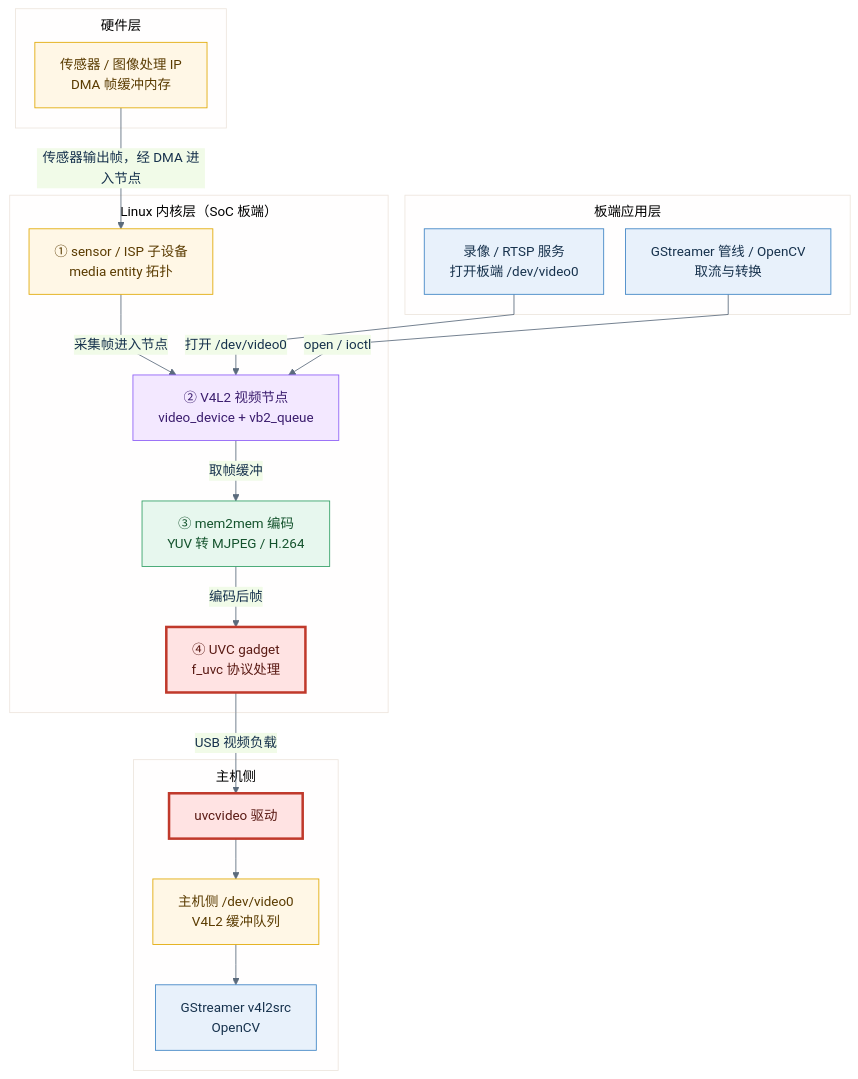
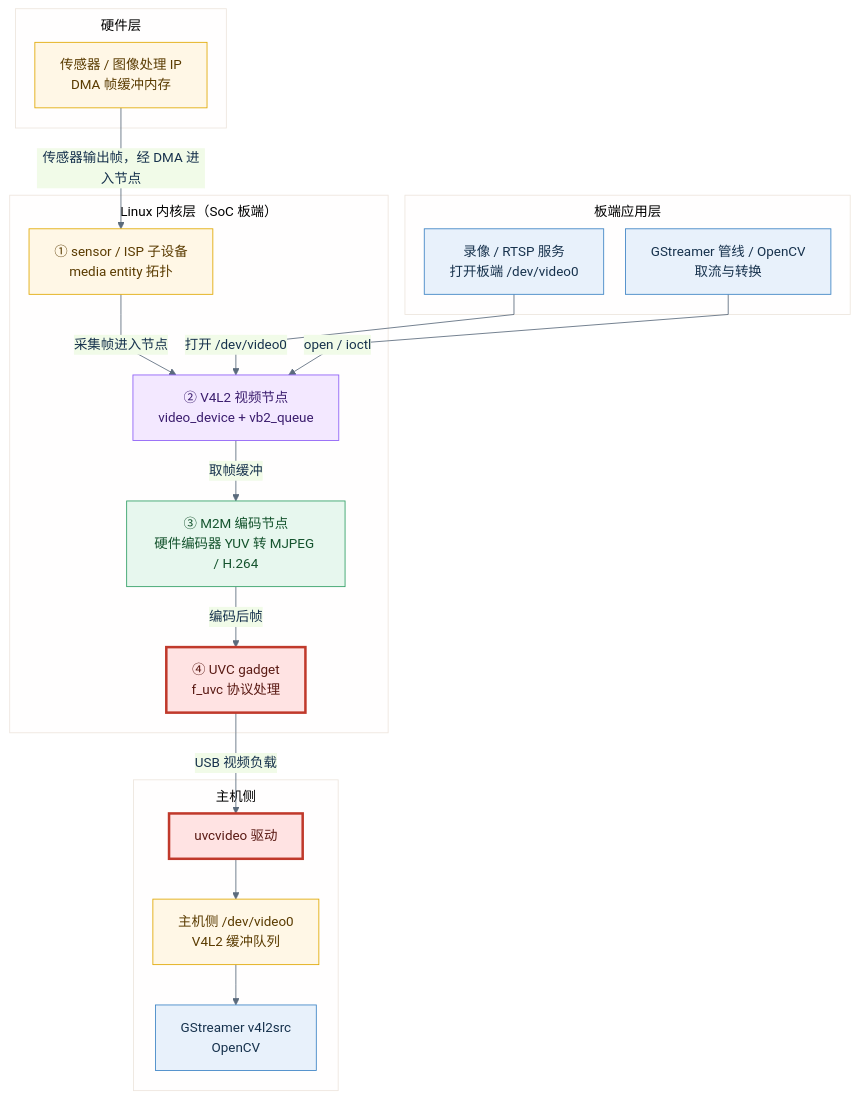
One commit to DeguiLiu/tech-notes changed the eighth of 9 diagrams in content/posts/architecture/soc_video_pipeline_v4l2_dma_buf.md. Above: the diagram before and after it, drawn with Mermaid. The commit also changed other lines of this file, not shown here.

````diff
--- a/content/posts/architecture/soc_video_pipeline_v4l2_dma_buf.md
+++ b/content/posts/architecture/soc_video_pipeline_v4l2_dma_buf.md
@@ -594,38 +594,38 @@
 ```mermaid
 %%{init: {'theme':'base','flowchart':{'nodeSpacing':26,'rankSpacing':48,'curve':'linear','subGraphTitleMargin':{'top':8,'bottom':8}},'themeVariables':{'primaryColor':'#E8F1FB','primaryTextColor':'#17324D','primaryBorderColor':'#3B82C4','lineColor':'#5B6B7C'}}}%%
 flowchart TB
   subgraph APP["板端应用层"]
     A1["录像 / RTSP 服务<br/>打开板端 /dev/video0"]:::app
     A2["GStreamer 管线 / OpenCV<br/>取流与转换"]:::app
   end
   subgraph KERNEL["Linux 内核层（SoC 板端）"]
     K4["① sensor / ISP 子设备<br/>media entity 拓扑"]:::sensor
     K1["② V4L2 视频节点<br/>video_device + vb2_queue"]:::drv
-    K2["③ mem2mem 编码<br/>YUV 转 MJPEG / H.264"]:::core
+    K2["③ M2M 编码节点<br/>硬件编码器 YUV 转 MJPEG / H.264"]:::core
     K3["④ UVC gadget<br/>f_uvc 协议处理"]:::usb
     K4 -->|"采集帧进入节点"| K1
     K1 -->|"取帧缓冲"| K2
     K2 -->|"编码后帧"| K3
   end
   subgraph HW["硬件层"]
     H1["传感器 / 图像处理 IP<br/>DMA 帧缓冲内存"]:::hw
   end
   subgraph HOST["主机侧"]
     H2["uvcvideo 驱动"]:::usb
     H3["主机侧 /dev/video0<br/>V4L2 缓冲队列"]:::buf
     H4["GStreamer v4l2src<br/>OpenCV"]:::app
     H2 --> H3
     H3 --> H4
   end
   A1 -->|"打开 /dev/video0"| K1
   A2 -->|"open / ioctl"| K1
   H1 -->|"传感器输出帧，经 DMA 进入节点"| K4
   K3 -->|"USB 视频负载"| H2
   classDef app fill:#E8F1FB,stroke:#3B82C4,color:#17324D
   classDef core fill:#E7F7EE,stroke:#2F9E63,color:#14532D
   classDef drv fill:#F3E8FF,stroke:#8B5CF6,color:#3B1D6E
   classDef buf fill:#FFF7E6,stroke:#E0A800,color:#5A3B00
   classDef usb fill:#FFE3E3,stroke:#C0392B,stroke-width:3px,color:#5A1A14
   classDef hw fill:#FFF7E6,stroke:#E0A800,color:#5A3B00
   classDef sensor fill:#FFF7E6,stroke:#E0A800,color:#5A3B00
 ```
````
